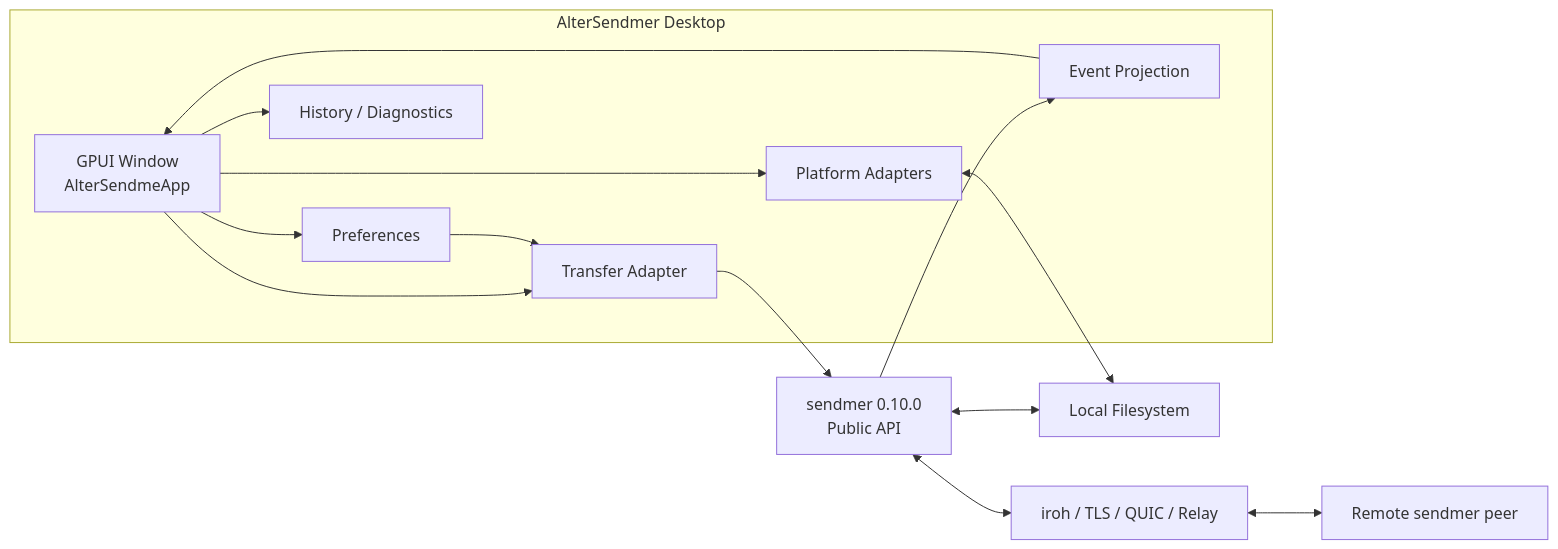
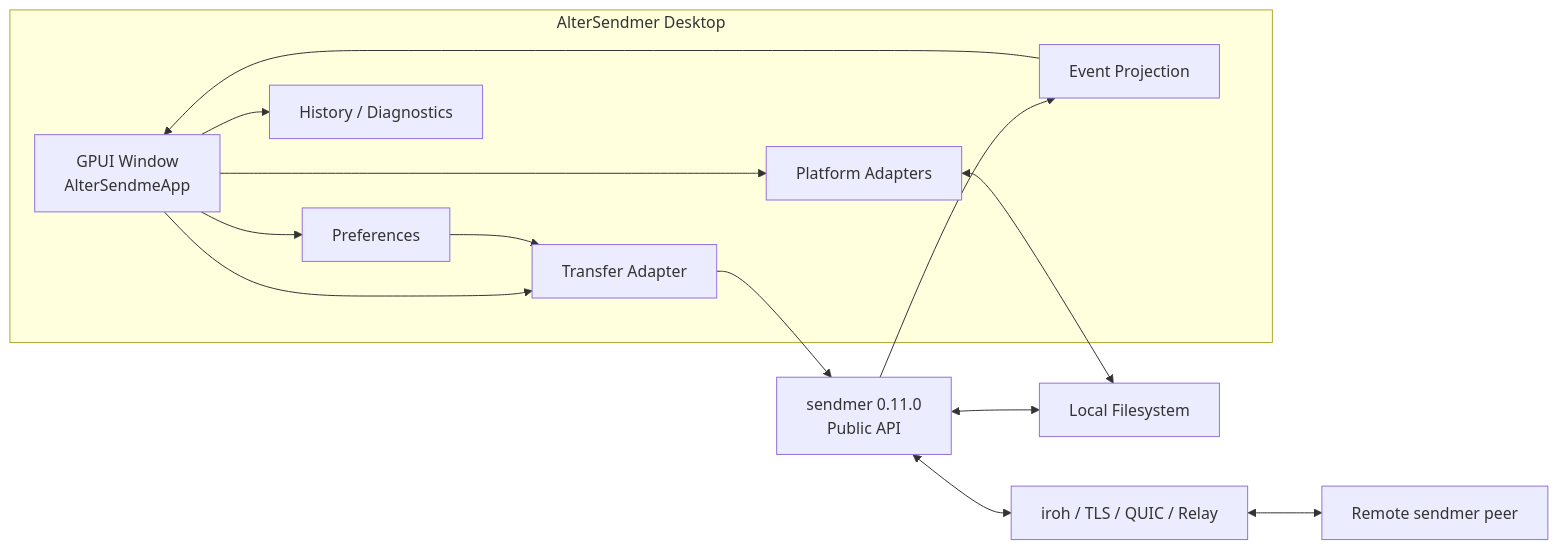
The diagram in docs/MAINLINE.md (bruceblink/alter-sendmer), drawn with Mermaid before and after one commit. The commit also changed other lines of this file and 9 other files, not shown here.

````diff
--- a/docs/MAINLINE.md
+++ b/docs/MAINLINE.md
@@ -48,29 +48,29 @@
 ```mermaid
 flowchart LR
     subgraph Desktop["AlterSendmer Desktop"]
         UI["GPUI Window\nAlterSendmeApp"]
         PREF["Preferences"]
         HIST["History / Diagnostics"]
         PLATFORM["Platform Adapters"]
         ADAPTER["Transfer Adapter"]
         EVENT["Event Projection"]
     end
 
-    CORE["sendmer 0.10.0\nPublic API"]
+    CORE["sendmer 0.11.0\nPublic API"]
     NET["iroh / TLS / QUIC / Relay"]
     PEER["Remote sendmer peer"]
     FS["Local Filesystem"]
 
     UI --> PREF
     UI --> HIST
     UI --> PLATFORM
     UI --> ADAPTER
     PREF --> ADAPTER
     ADAPTER --> CORE
     CORE --> EVENT
     EVENT --> UI
     CORE <--> NET
     NET <--> PEER
     PLATFORM <--> FS
     CORE <--> FS
 ```
````
